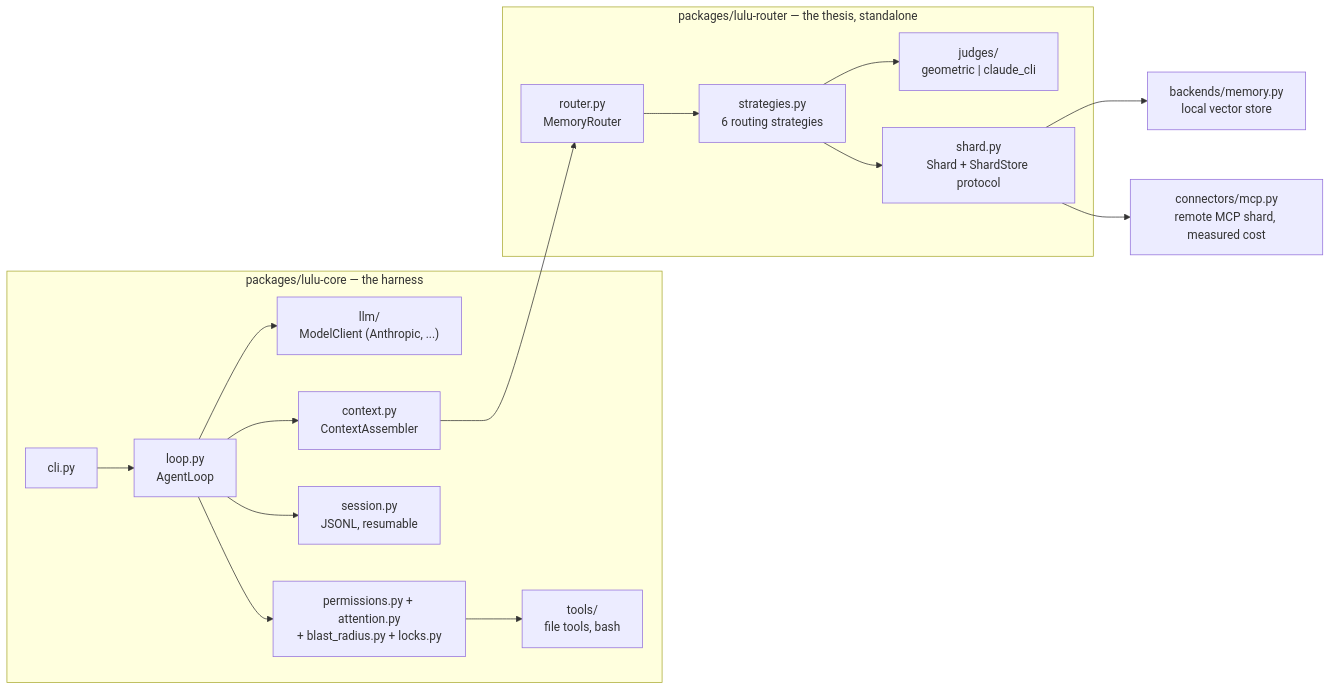
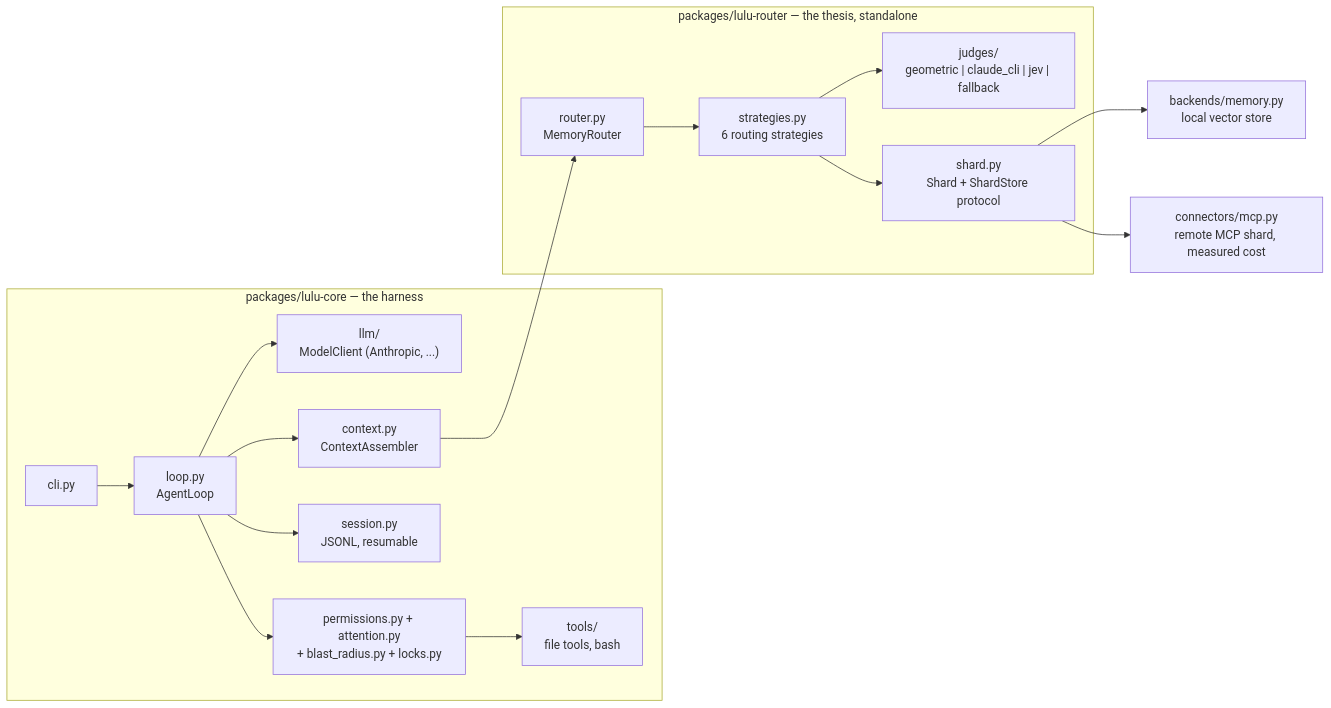
One commit to Agostynah/lulu-harness changed the diagram in README.md. Above: the diagram before and after it, drawn with Mermaid. The commit also changed other lines of this file and 18 other files, not shown here.

````diff
--- a/README.md
+++ b/README.md
@@ -67,21 +71,21 @@
 ```mermaid
 flowchart LR
     subgraph core["packages/lulu-core — the harness"]
         CLI["cli.py"] --> Loop["loop.py\nAgentLoop"]
         Loop --> Model["llm/\nModelClient (Anthropic, ...)"]
         Loop --> Perm["permissions.py + attention.py\n+ blast_radius.py + locks.py"]
         Perm --> Tools["tools/\nfile tools, bash"]
         Loop --> Session["session.py\nJSONL, resumable"]
         Loop --> Ctx["context.py\nContextAssembler"]
     end
 
     subgraph router["packages/lulu-router — the thesis, standalone"]
         Router["router.py\nMemoryRouter"] --> Strategies["strategies.py\n6 routing strategies"]
-        Strategies --> Judges["judges/\ngeometric | claude_cli"]
+        Strategies --> Judges["judges/\ngeometric | claude_cli | jev | fallback"]
         Strategies --> ShardIf["shard.py\nShard + ShardStore protocol"]
     end
 
     Ctx --> Router
     ShardIf --> Local["backends/memory.py\nlocal vector store"]
     ShardIf --> MCP["connectors/mcp.py\nremote MCP shard, measured cost"]
 ```
````
